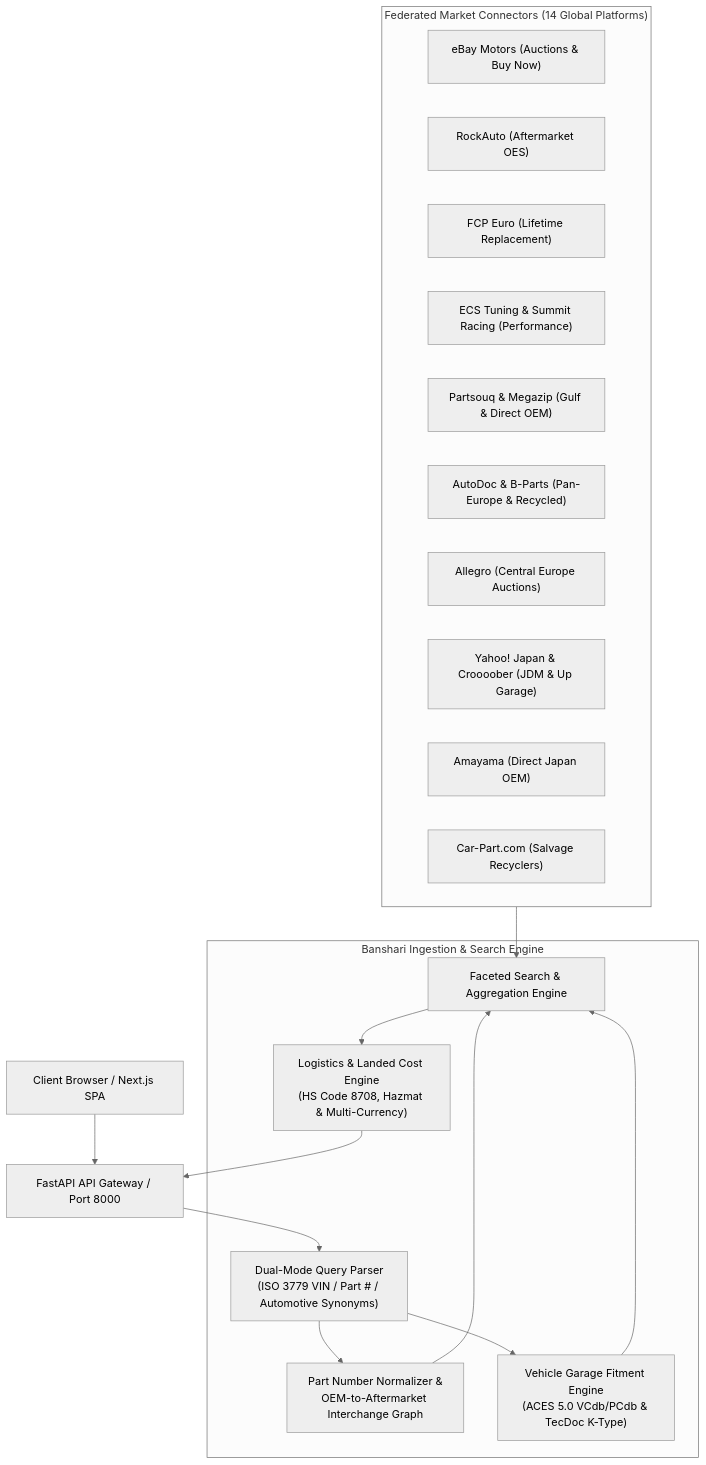
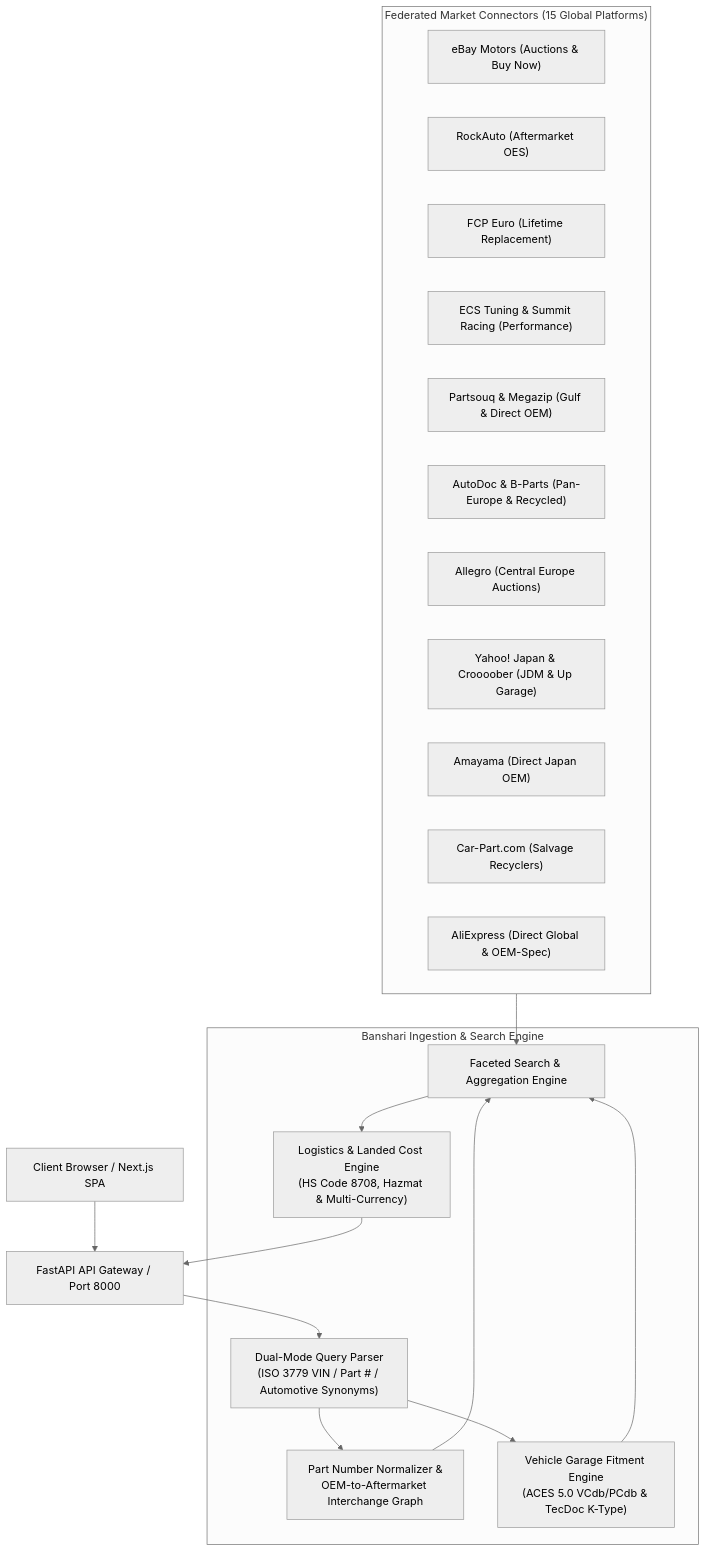
One commit to iHosam/Banshari changed the diagram in README.md. Above: the diagram before and after it, drawn with Mermaid (neutral theme). The commit also changed other lines of this file and 13 other files, not shown here.

Commit message:
feat: add AliExpress as 15th global marketplace and bump version to 1.0.2

````diff
--- a/README.md
+++ b/README.md
@@ -11,34 +11,35 @@
 ```mermaid
 flowchart TD
     User["Client Browser / Next.js SPA"] --> Gateway["FastAPI API Gateway / Port 8000"]
     
     subgraph Engine ["Banshari Ingestion & Search Engine"]
         QP["Dual-Mode Query Parser<br/>(ISO 3779 VIN / Part # / Automotive Synonyms)"]
         PN["Part Number Normalizer &<br/>OEM-to-Aftermarket Interchange Graph"]
         VF["Vehicle Garage Fitment Engine<br/>(ACES 5.0 VCdb/PCdb & TecDoc K-Type)"]
         LC["Logistics & Landed Cost Engine<br/>(HS Code 8708, Hazmat & Multi-Currency)"]
         SE["Faceted Search & Aggregation Engine"]
     end
     
-    subgraph Feeds ["Federated Market Connectors (14 Global Platforms)"]
+    subgraph Feeds ["Federated Market Connectors (15 Global Platforms)"]
         F1["eBay Motors (Auctions & Buy Now)"]
         F2["RockAuto (Aftermarket OES)"]
         F3["FCP Euro (Lifetime Replacement)"]
         F4["ECS Tuning & Summit Racing (Performance)"]
         F5["Partsouq & Megazip (Gulf & Direct OEM)"]
         F6["AutoDoc & B-Parts (Pan-Europe & Recycled)"]
         F7["Allegro (Central Europe Auctions)"]
         F8["Yahoo! Japan & Croooober (JDM & Up Garage)"]
         F9["Amayama (Direct Japan OEM)"]
         F10["Car-Part.com (Salvage Recyclers)"]
+        F11["AliExpress (Direct Global & OEM-Spec)"]
     end
 
     Gateway --> QP
     QP --> PN
     QP --> VF
     PN --> SE
     VF --> SE
     Feeds --> SE
     SE --> LC
     LC --> Gateway
 ```
````
